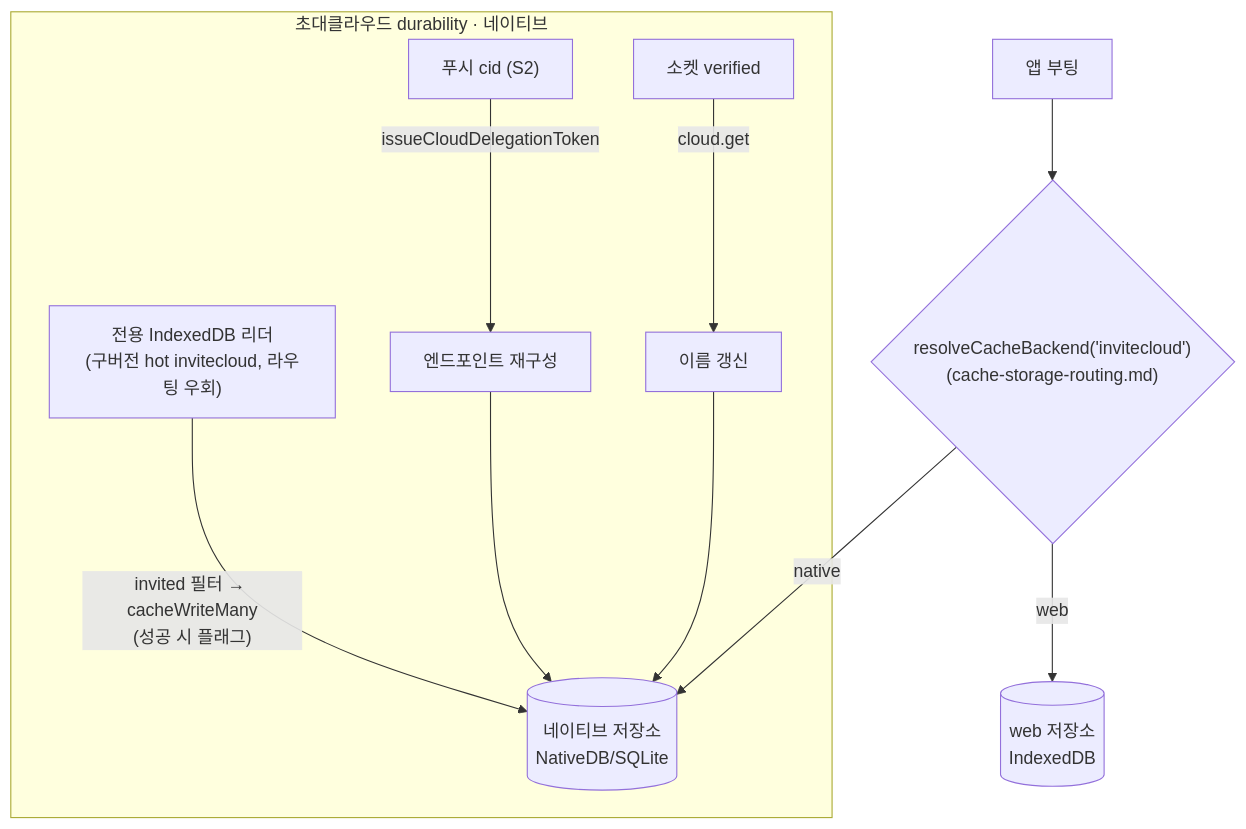
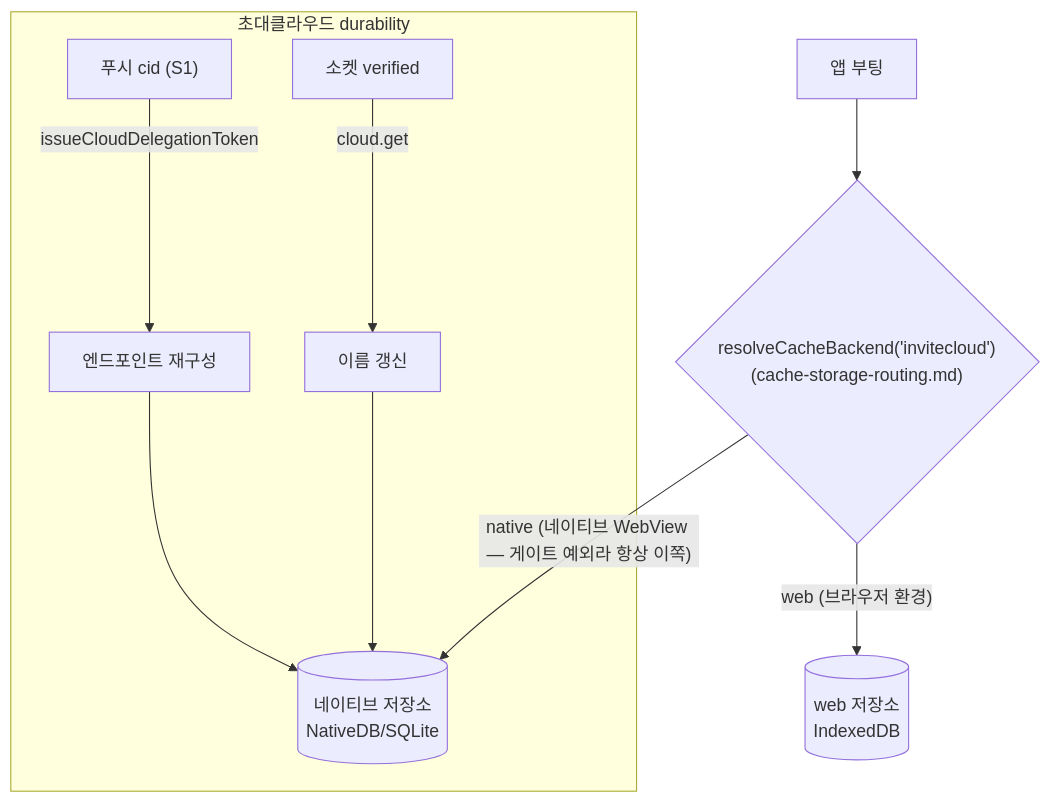
Before and after one commit to lemoncloud-io/dou-app: the diagram in libs/app-runtime/docs/data/invite-cloud-durability.md, drawn with Mermaid. The commit also changed other lines of this file and 6 other files, not shown here.

````diff
--- a/libs/app-runtime/docs/data/invite-cloud-durability.md
+++ b/libs/app-runtime/docs/data/invite-cloud-durability.md
@@ -64,12 +66,11 @@
 ```mermaid
 flowchart TD
     Boot[앱 부팅] --> R{"resolveCacheBackend('invitecloud')\n(cache-storage-routing.md)"}
-    R -->|native| Store[("네이티브 저장소\nNativeDB/SQLite")]
-    R -->|web| WStore[("web 저장소\nIndexedDB")]
+    R -->|"native (네이티브 WebView — 게이트 예외라 항상 이쪽)"| Store[("네이티브 저장소\nNativeDB/SQLite")]
+    R -->|"web (브라우저 환경)"| WStore[("web 저장소\nIndexedDB")]
 
-    subgraph Invited [초대클라우드 durability · 네이티브]
-      HotRead["전용 IndexedDB 리더\n(구버전 hot invitecloud, 라우팅 우회)"] -->|"invited 필터 → cacheWriteMany\n(성공 시 플래그)"| Store
-      Push["푸시 cid (S2)"] -->|issueCloudDelegationToken| Rebuild[엔드포인트 재구성] --> Store
+    subgraph Invited [초대클라우드 durability]
+      Push["푸시 cid (S1)"] -->|issueCloudDelegationToken| Rebuild[엔드포인트 재구성] --> Store
       Verified["소켓 verified"] -->|cloud.get| Name[이름 갱신] --> Store
     end
 ```
````
